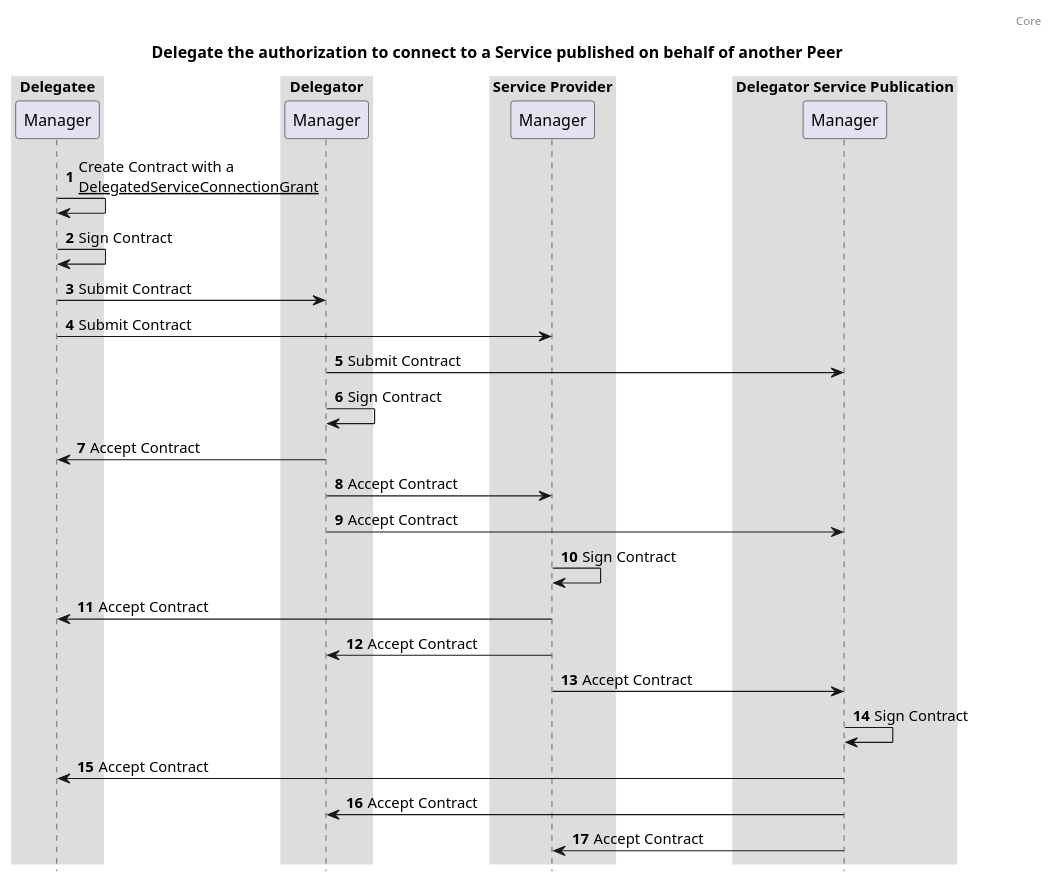
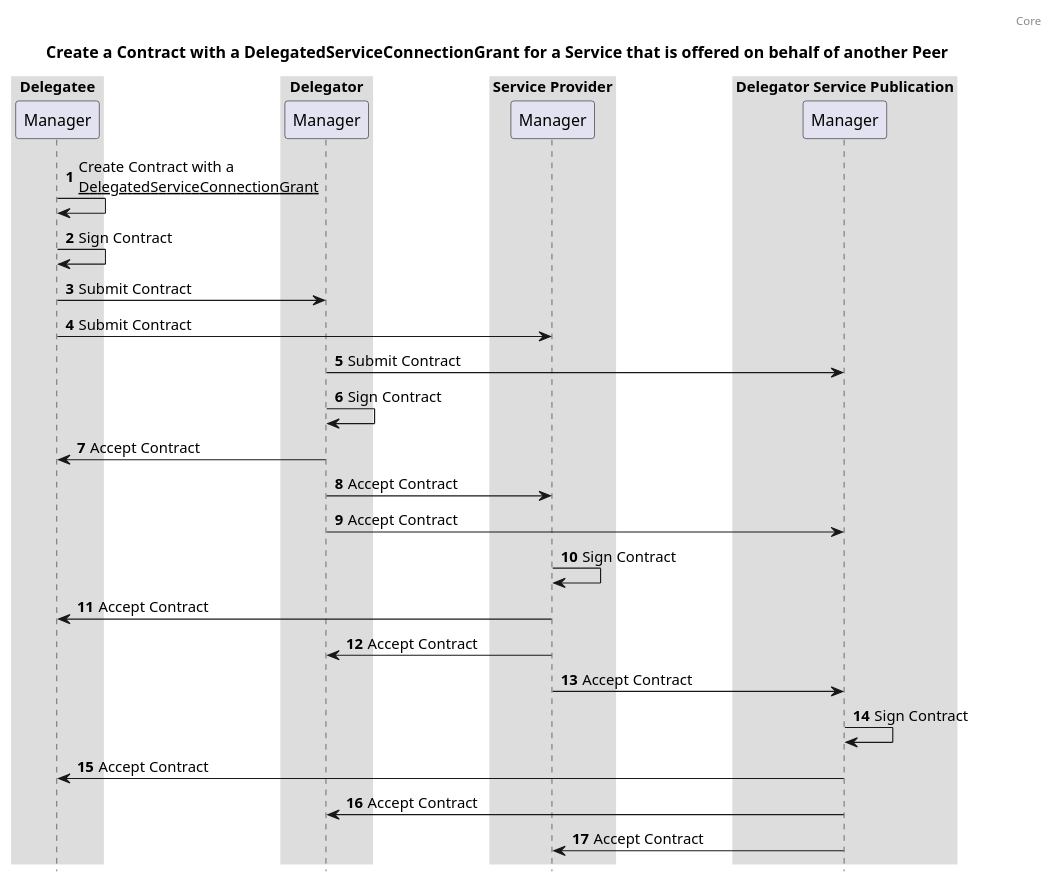
The diagram in media/seq-delegate-connection-delegated-publication.puml (Logius-standaarden/fsc-core), drawn with PlantUML before and after one commit. The commit also changed 6 other files, not shown here.

```diff
--- a/media/seq-delegate-connection-delegated-publication.puml
+++ b/media/seq-delegate-connection-delegated-publication.puml
@@ -1,44 +1,44 @@
 @startuml
 
 autonumber
-title: Delegate the authorization to connect to a Service published on behalf of another Peer
+title: Create a Contract with a DelegatedServiceConnectionGrant for a Service that is offered on behalf of another Peer
 header: Core
 
 box "Delegatee"
   participant "Manager" as managerDelegatee
 end box
 
 box "Delegator"
   participant "Manager" as managerDelegator
 end box
 
 box "Service Provider"
   participant "Manager" as managerServiceProvider
 end box
 
 box "Delegator Service Publication"
   participant "Manager" as managerDelegatorServicePublication
 end box
 
 managerDelegatee -> managerDelegatee: Create Contract with a \n__DelegatedServiceConnectionGrant__
 managerDelegatee -> managerDelegatee: Sign Contract
 managerDelegatee -> managerDelegator: Submit Contract
 managerDelegatee -> managerServiceProvider: Submit Contract
 managerDelegator -> managerDelegatorServicePublication: Submit Contract
 managerDelegator -> managerDelegator: Sign Contract
 managerDelegator -> managerDelegatee: Accept Contract
 managerDelegator -> managerServiceProvider: Accept Contract
 managerDelegator -> managerDelegatorServicePublication: Accept Contract
 managerServiceProvider -> managerServiceProvider: Sign Contract
 managerServiceProvider -> managerDelegatee: Accept Contract
 managerServiceProvider -> managerDelegator: Accept Contract
 managerServiceProvider -> managerDelegatorServicePublication: Accept Contract
 managerDelegatorServicePublication -> managerDelegatorServicePublication: Sign Contract
 managerDelegatorServicePublication -> managerDelegatee: Accept Contract
 managerDelegatorServicePublication -> managerDelegator: Accept Contract
 managerDelegatorServicePublication -> managerServiceProvider: Accept Contract
 
 skinparam sequenceBoxBorderColor #transparent
 skinparam boxPadding 50
 hide footbox
 @enduml
```
